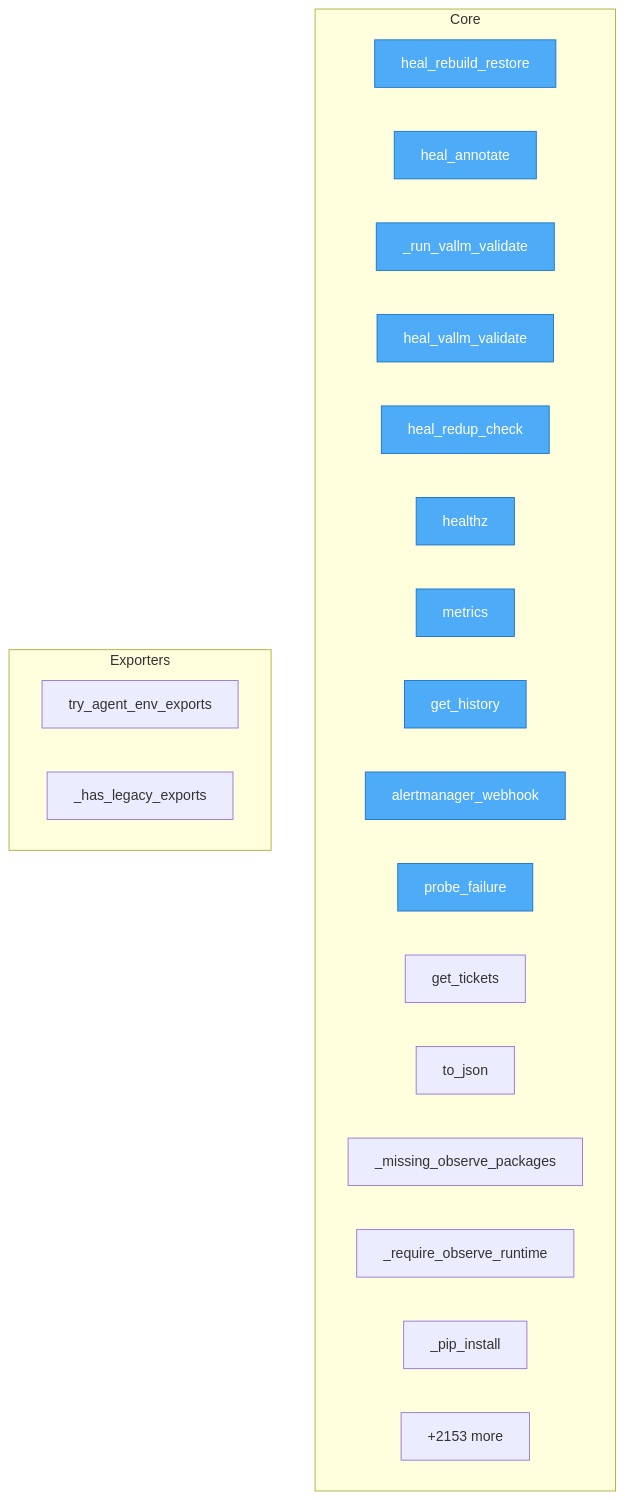
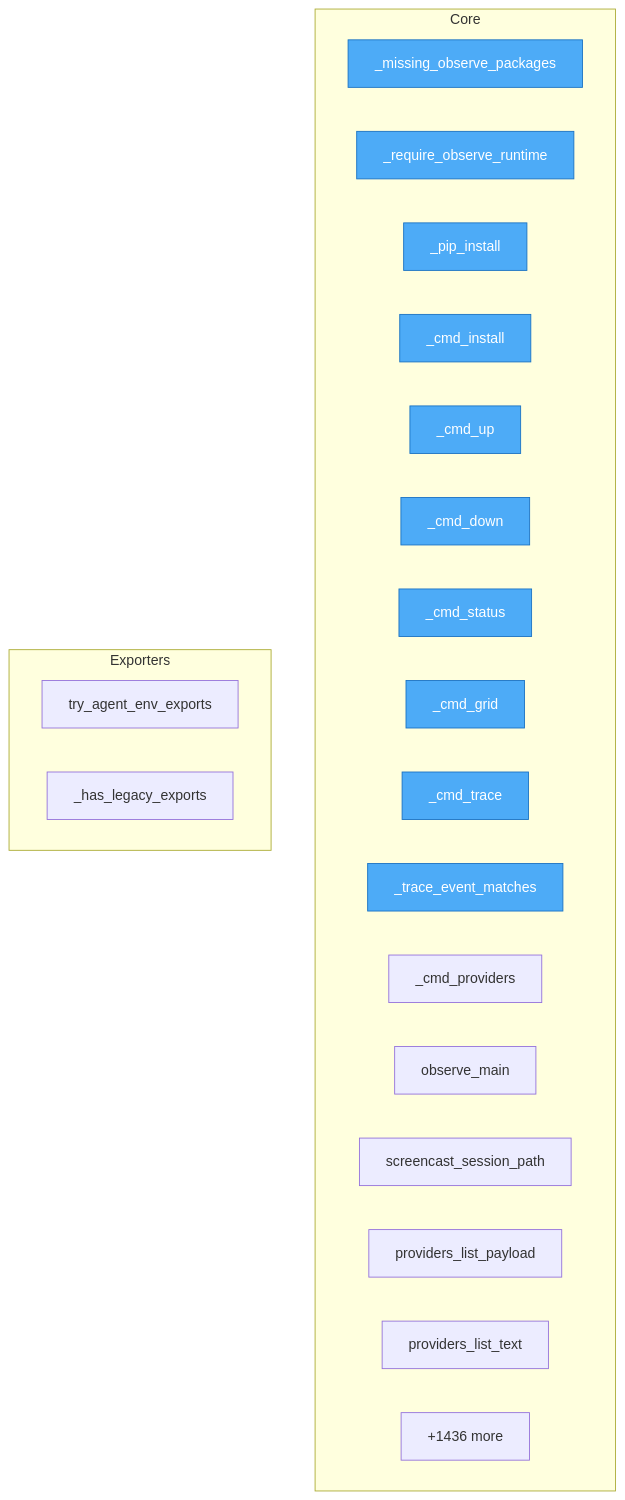
The diagram in project/flow.mmd (semcod/koru), drawn with Mermaid before and after one commit. The commit also changed 46 other files, not shown here.

```diff
--- a/project/flow.mmd
+++ b/project/flow.mmd
@@ -1,31 +1,30 @@
 flowchart TD
-%% generated in 0.11s
 
     %% Entry points (blue)
     classDef entry fill:#4dabf7,stroke:#1971c2,color:#fff
 
     subgraph Core
-        services__healing_webhook__app__heal_rebuild_restore["heal_rebuild_restore"]
-        services__healing_webhook__app__heal_annotate["heal_annotate"]
-        services__healing_webhook__app___run_vallm_validate["_run_vallm_validate"]
-        services__healing_webhook__app__heal_vallm_validate["heal_vallm_validate"]
-        services__healing_webhook__app__heal_redup_check["heal_redup_check"]
-        services__healing_webhook__app__healthz["healthz"]
-        services__healing_webhook__app__metrics["metrics"]
-        services__healing_webhook__app__get_history["get_history"]
-        services__healing_webhook__app__alertmanager_webhook["alertmanager_webhook"]
-        services__healing_webhook__app__probe_failure["probe_failure"]
-        services__healing_webhook__app__get_tickets["get_tickets"]
-        src__koruobserve__lifecycle__ObserveProcesses__to_json["to_json"]
         src__koruobserve__cli___missing_observe_packages["_missing_observe_packages"]
         src__koruobserve__cli___require_observe_runtime["_require_observe_runtime"]
         src__koruobserve__cli___pip_install["_pip_install"]
-        ...["+2153 more"]
+        src__koruobserve__cli___cmd_install["_cmd_install"]
+        src__koruobserve__cli___cmd_up["_cmd_up"]
+        src__koruobserve__cli___cmd_down["_cmd_down"]
+        src__koruobserve__cli___cmd_status["_cmd_status"]
+        src__koruobserve__cli___cmd_grid["_cmd_grid"]
+        src__koruobserve__cli___cmd_trace["_cmd_trace"]
+        src__koruobserve__cli___trace_event_matches["_trace_event_matches"]
+        src__koruobserve__cli___cmd_providers["_cmd_providers"]
+        src__koruobserve__cli__observe_main["observe_main"]
+        src__koruobserve__providers_cli__screencast_session_path["screencast_session_path"]
+        src__koruobserve__providers_cli__providers_list_payload["providers_list_payload"]
+        src__koruobserve__providers_cli__providers_list_text["providers_list_text"]
+        ...["+1436 more"]
     end
 
     subgraph Exporters
         src__koru__agent_cli_helpers__try_agent_env_exports["try_agent_env_exports"]
         src__koru__cli___has_legacy_exports["_has_legacy_exports"]
     end
 
-    class services__healing_webhook__app__heal_rebuild_restore,services__healing_webhook__app__heal_annotate,services__healing_webhook__app___run_vallm_validate,services__healing_webhook__app__heal_vallm_validate,services__healing_webhook__app__heal_redup_check,services__healing_webhook__app__healthz,services__healing_webhook__app__metrics,services__healing_webhook__app__get_history,services__healing_webhook__app__alertmanager_webhook,services__healing_webhook__app__probe_failure entry
+    class src__koruobserve__cli___missing_observe_packages,src__koruobserve__cli___require_observe_runtime,src__koruobserve__cli___pip_install,src__koruobserve__cli___cmd_install,src__koruobserve__cli___cmd_up,src__koruobserve__cli___cmd_down,src__koruobserve__cli___cmd_status,src__koruobserve__cli___cmd_grid,src__koruobserve__cli___cmd_trace,src__koruobserve__cli___trace_event_matches entry
```
